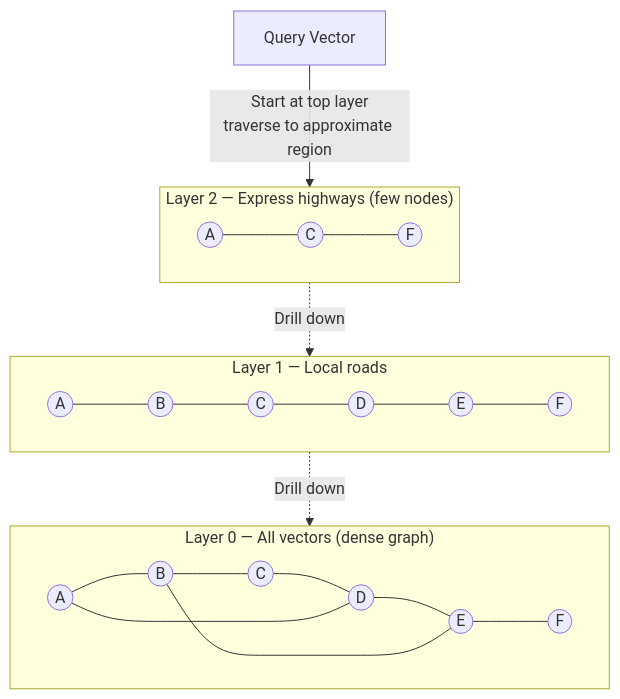
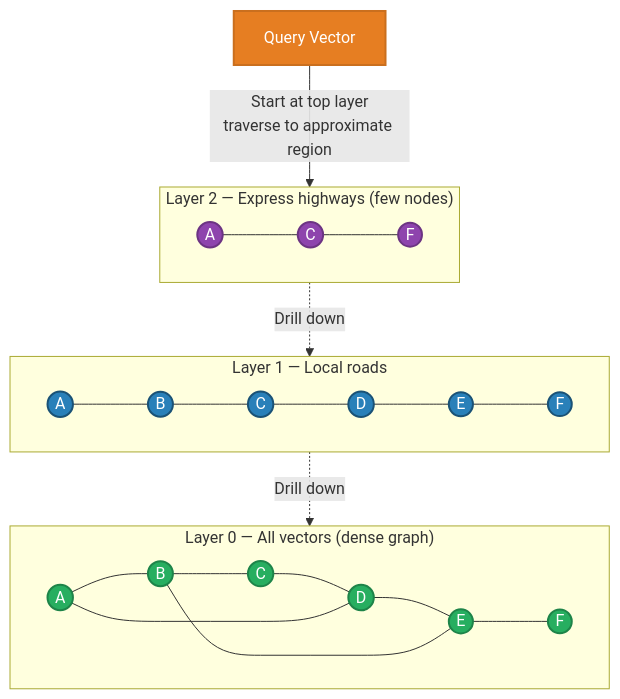
One commit to GyanendraChaubey/AI-Engineering-Notes changed diagram 15 of 24 in docs/17-interview-questions/topic_deep_dive_rag.md. Above: the diagram before and after it, drawn with Mermaid. The commit also changed other lines of this file and 74 other files, not shown here.

First line of the commit message:
refactor: split company_wise_interviews.md into 72 individual interview files + fix mermaid colors

````diff
--- a/docs/17-interview-questions/topic_deep_dive_rag.md
+++ b/docs/17-interview-questions/topic_deep_dive_rag.md
@@ -666,28 +749,45 @@
 ```mermaid
 graph TD
     subgraph L2["Layer 2 — Express highways (few nodes)"]
         A2((A)) --- C2((C))
         C2 --- F2((F))
     end
     subgraph L1["Layer 1 — Local roads"]
         A1((A)) --- B1((B))
         B1 --- C1((C))
         C1 --- D1((D))
         D1 --- E1((E))
         E1 --- F1((F))
     end
     subgraph L0["Layer 0 — All vectors (dense graph)"]
         A0((A)) --- B0((B))
         B0 --- C0((C))
         C0 --- D0((D))
         D0 --- E0((E))
         E0 --- F0((F))
         A0 --- D0
         B0 --- E0
     end
 
     L2 -.->|"Drill down"| L1
     L1 -.->|"Drill down"| L0
 
     Q[Query Vector] -->|"Start at top layer\ntraverse to approximate region"| L2
+
+    style A2 fill:#8E44AD,stroke:#6C3483,stroke-width:2px,color:#FFFFFF
+    style C2 fill:#8E44AD,stroke:#6C3483,stroke-width:2px,color:#FFFFFF
+    style F2 fill:#8E44AD,stroke:#6C3483,stroke-width:2px,color:#FFFFFF
+    style A1 fill:#2980B9,stroke:#1A5276,stroke-width:2px,color:#FFFFFF
+    style B1 fill:#2980B9,stroke:#1A5276,stroke-width:2px,color:#FFFFFF
+    style C1 fill:#2980B9,stroke:#1A5276,stroke-width:2px,color:#FFFFFF
+    style D1 fill:#2980B9,stroke:#1A5276,stroke-width:2px,color:#FFFFFF
+    style E1 fill:#2980B9,stroke:#1A5276,stroke-width:2px,color:#FFFFFF
+    style F1 fill:#2980B9,stroke:#1A5276,stroke-width:2px,color:#FFFFFF
+    style A0 fill:#27AE60,stroke:#1E8449,stroke-width:2px,color:#FFFFFF
+    style B0 fill:#27AE60,stroke:#1E8449,stroke-width:2px,color:#FFFFFF
+    style C0 fill:#27AE60,stroke:#1E8449,stroke-width:2px,color:#FFFFFF
+    style D0 fill:#27AE60,stroke:#1E8449,stroke-width:2px,color:#FFFFFF
+    style E0 fill:#27AE60,stroke:#1E8449,stroke-width:2px,color:#FFFFFF
+    style F0 fill:#27AE60,stroke:#1E8449,stroke-width:2px,color:#FFFFFF
+    style Q fill:#E67E22,stroke:#CA6F1E,stroke-width:2px,color:#FFFFFF
 ```
````
